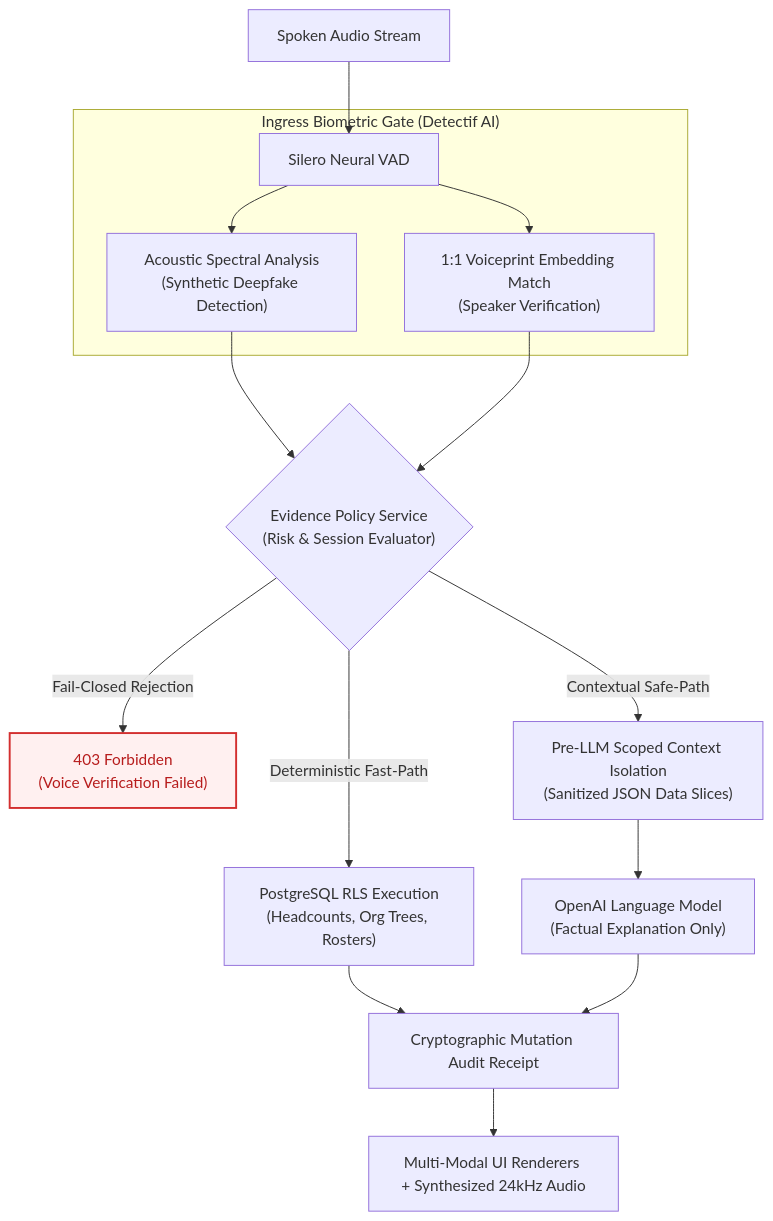
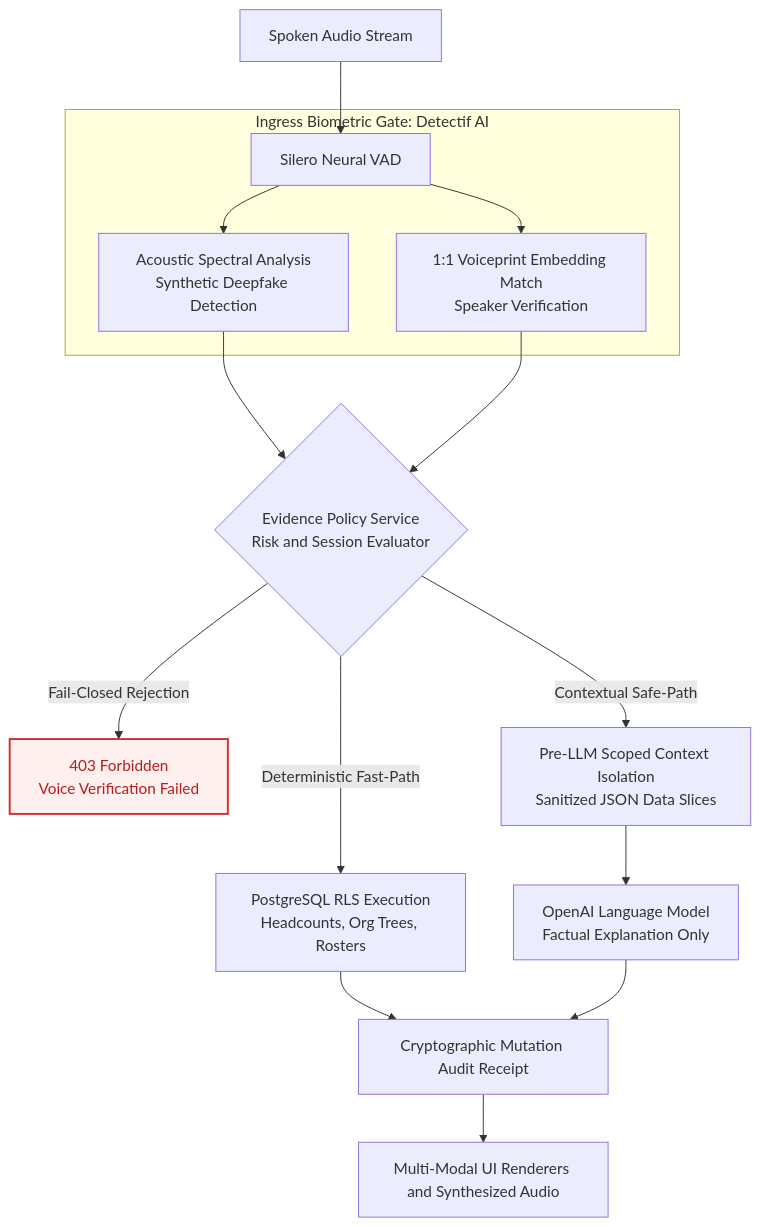
Before and after one commit to sharancode3/Intentlock: the second of 9 diagrams in README.md, drawn with Mermaid. The commit also changed other lines of this file, not shown here.

Commit message:
fix(docs): resolve GitHub Mermaid parsing errors across all diagram specifications

````diff
--- a/README.md
+++ b/README.md
@@ -89,25 +89,25 @@
 ```mermaid
 flowchart TD
     MIC["Spoken Audio Stream"] --> VAD["Silero Neural VAD"]
     
-    subgraph IngressBiometrics ["Ingress Biometric Gate (Detectif AI)"]
-        VAD --> DF["Acoustic Spectral Analysis<br/>(Synthetic Deepfake Detection)"]
-        VAD --> SPK["1:1 Voiceprint Embedding Match<br/>(Speaker Verification)"]
+    subgraph IngressBiometrics ["Ingress Biometric Gate: Detectif AI"]
+        VAD --> DF["Acoustic Spectral Analysis<br/>Synthetic Deepfake Detection"]
+        VAD --> SPK["1:1 Voiceprint Embedding Match<br/>Speaker Verification"]
     end
 
-    DF --> EVAL{"Evidence Policy Service<br/>(Risk & Session Evaluator)"}
+    DF --> EVAL{"Evidence Policy Service<br/>Risk and Session Evaluator"}
     SPK --> EVAL
 
-    EVAL -->|Fail-Closed Rejection| DENY["403 Forbidden<br/>(Voice Verification Failed)"]
+    EVAL -->|Fail-Closed Rejection| DENY["403 Forbidden<br/>Voice Verification Failed"]
     style DENY fill:#FFF0F0,stroke:#D32F2F,stroke-width:2px,color:#B71C1C
 
-    EVAL -->|Deterministic Fast-Path| DB_RLS["PostgreSQL RLS Execution<br/>(Headcounts, Org Trees, Rosters)"]
-    EVAL -->|Contextual Safe-Path| PRE_LLM["Pre-LLM Scoped Context Isolation<br/>(Sanitized JSON Data Slices)"]
+    EVAL -->|Deterministic Fast-Path| DB_RLS["PostgreSQL RLS Execution<br/>Headcounts, Org Trees, Rosters"]
+    EVAL -->|Contextual Safe-Path| PRE_LLM["Pre-LLM Scoped Context Isolation<br/>Sanitized JSON Data Slices"]
 
-    PRE_LLM --> LLM_SAFE["OpenAI Language Model<br/>(Factual Explanation Only)"]
+    PRE_LLM --> LLM_SAFE["OpenAI Language Model<br/>Factual Explanation Only"]
     
     DB_RLS --> AUDIT["Cryptographic Mutation Audit Receipt"]
     LLM_SAFE --> AUDIT
 
-    AUDIT --> OUT["Multi-Modal UI Renderers + Synthesized 24kHz Audio"]
+    AUDIT --> OUT["Multi-Modal UI Renderers and Synthesized Audio"]
 ```
````
